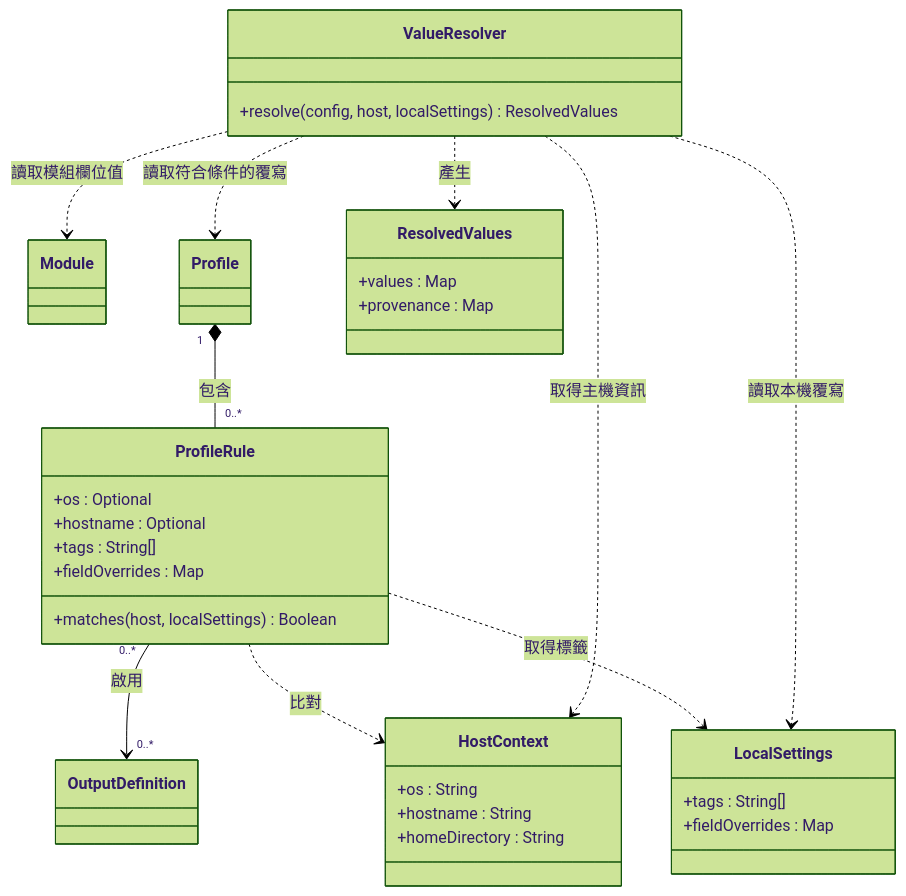
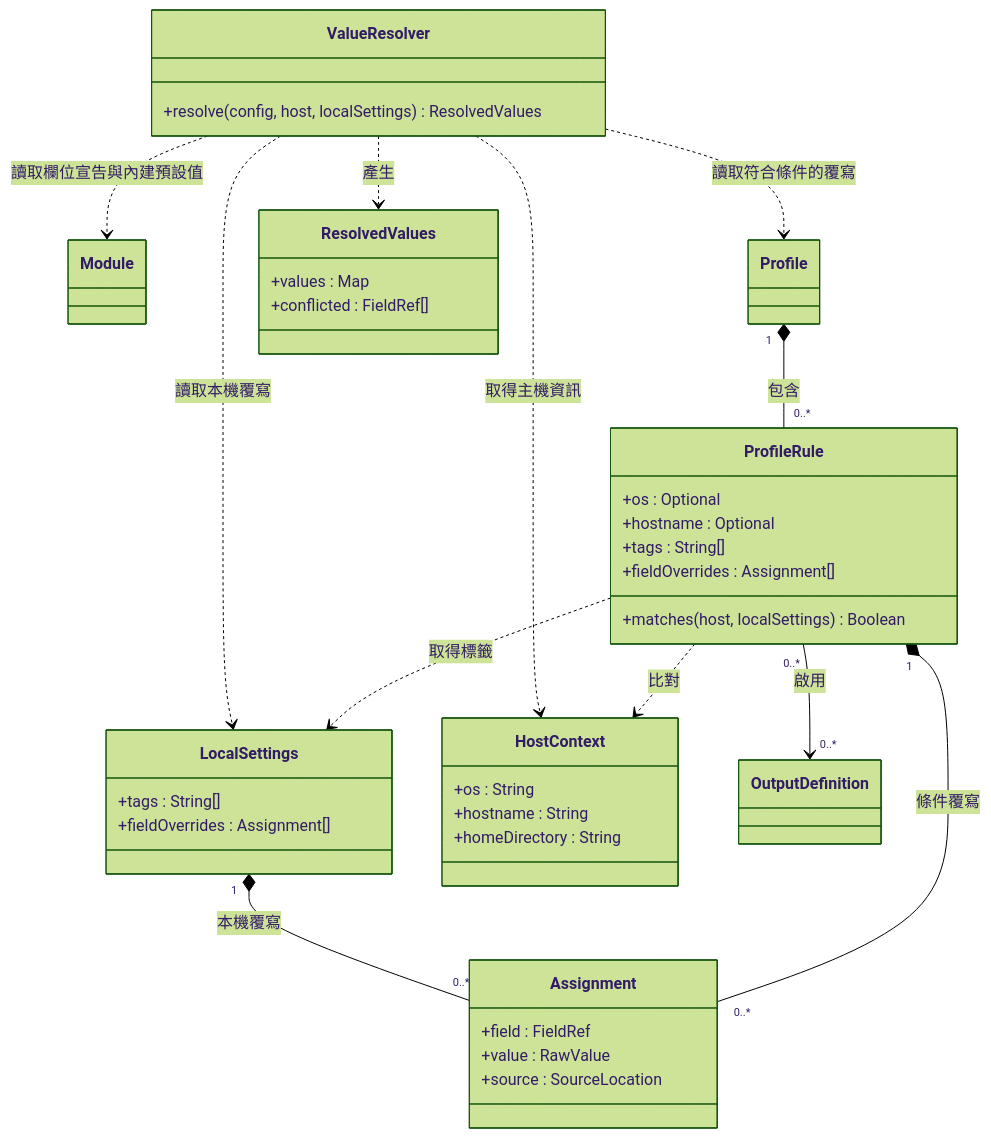
Before and after one commit to accidental-two-timer-sam-woof/rosamta-waterfall: the second of 10 diagrams in docs/03-preliminary-design/uml.md, drawn with Mermaid (forest theme). The commit also changed other lines of this file, not shown here.

Commit message:
docs(design): align preliminary UML with SRS 1.5

````diff
--- a/docs/03-preliminary-design/uml.md
+++ b/docs/03-preliminary-design/uml.md
@@ -78,39 +86,47 @@
 ```mermaid
 classDiagram
     direction TB
     class Module
     class Profile
     class ProfileRule {
         +os : Optional
         +hostname : Optional
         +tags : String[]
-        +fieldOverrides : Map
+        +fieldOverrides : Assignment[]
         +matches(host, localSettings) Boolean
+    }
+    class LocalSettings {
+        +tags : String[]
+        +fieldOverrides : Assignment[]
+    }
+    class ResolvedValues {
+        +values : Map
+        +conflicted : FieldRef[]
     }
     class HostContext {
         +os : String
         +hostname : String
         +homeDirectory : String
     }
-    class LocalSettings {
-        +tags : String[]
-        +fieldOverrides : Map
-    }
     class ValueResolver {
         +resolve(config, host, localSettings) ResolvedValues
     }
-    class ResolvedValues {
-        +values : Map
-        +provenance : Map
+    class Assignment {
+        +field : FieldRef
+        +value : RawValue
+        +source : SourceLocation
     }
     class OutputDefinition
+
     Profile "1" *-- "0..*" ProfileRule : 包含
     ProfileRule "0..*" --> "0..*" OutputDefinition : 啟用
     ProfileRule ..> HostContext : 比對
     ProfileRule ..> LocalSettings : 取得標籤
+    ProfileRule "1" *-- "0..*" Assignment : 條件覆寫
+    LocalSettings "1" *-- "0..*" Assignment : 本機覆寫
     ValueResolver ..> Profile : 讀取符合條件的覆寫
     ValueResolver ..> LocalSettings : 讀取本機覆寫
     ValueResolver ..> ResolvedValues : 產生
-    ValueResolver ..> Module : 讀取模組欄位值
+    ValueResolver ..> Module : 讀取欄位宣告與內建預設值
     ValueResolver ..> HostContext : 取得主機資訊
 ```
````
